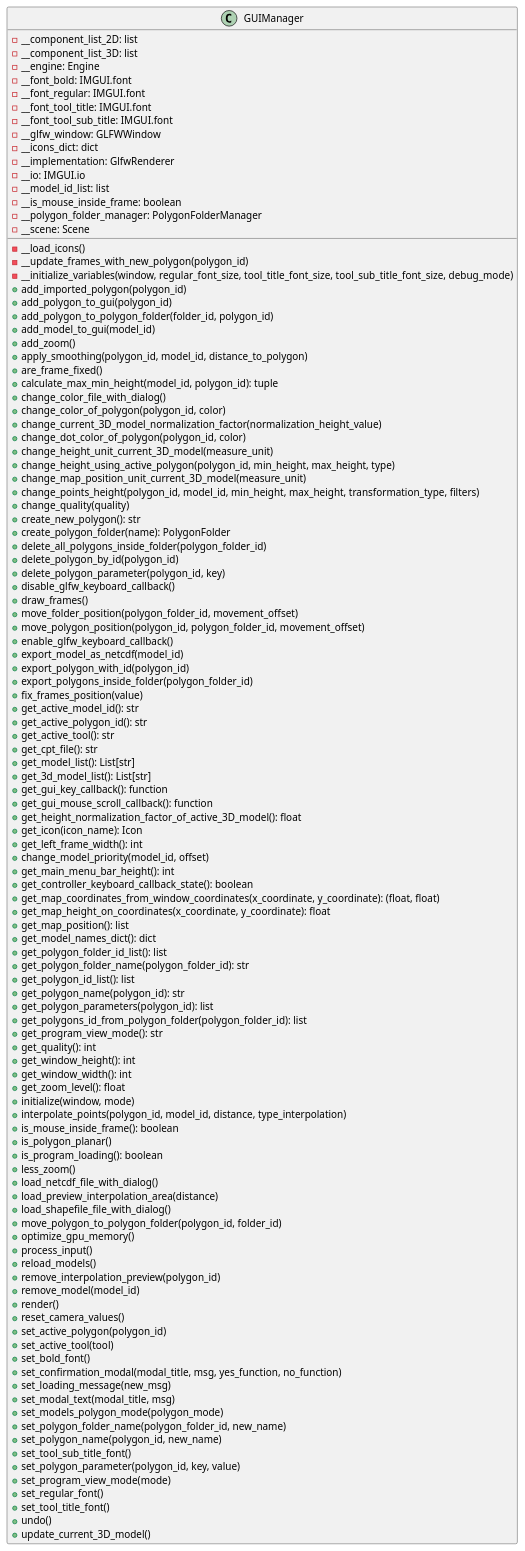
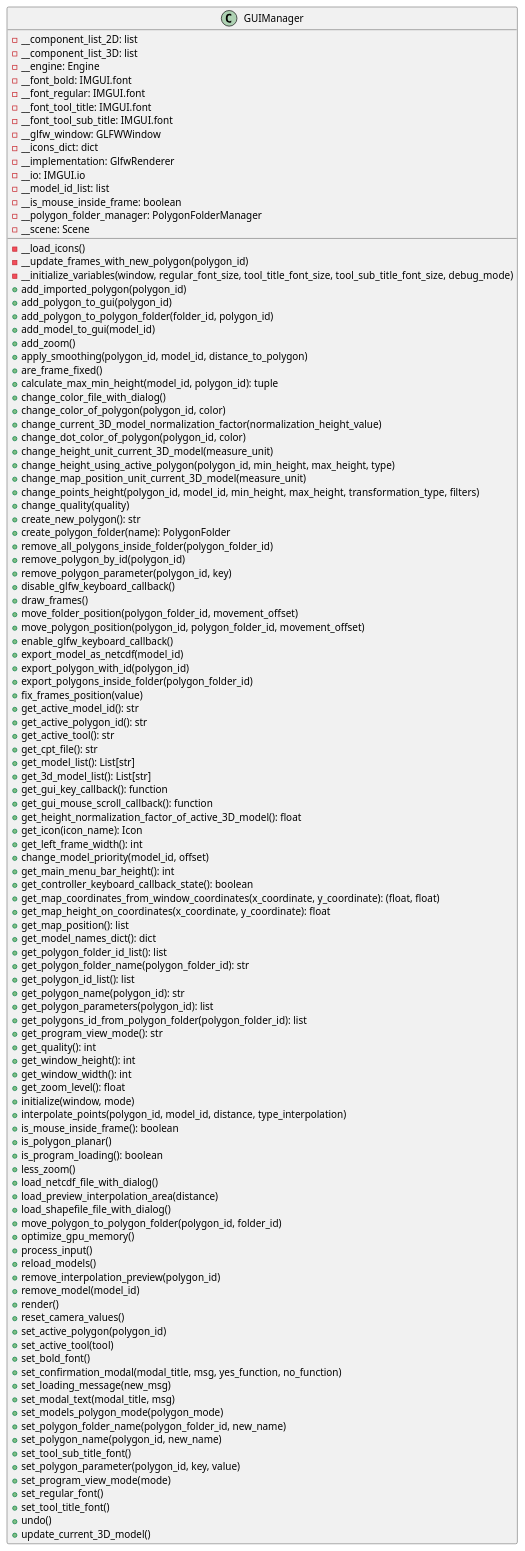
The diagram in docs/classes/GUIManager.puml (ferpoble2/Relief_Creator), drawn with PlantUML before and after one commit. The commit also changed 6 other files, not shown here.

```diff
--- a/docs/classes/GUIManager.puml
+++ b/docs/classes/GUIManager.puml
@@ -1,117 +1,117 @@
 @startuml
 'https://plantuml.com/class-diagram
 class GUIManager{
     - __component_list_2D: list
     - __component_list_3D: list
     - __engine: Engine
     - __font_bold: IMGUI.font
     - __font_regular: IMGUI.font
     - __font_tool_title: IMGUI.font
     - __font_tool_sub_title: IMGUI.font
     - __glfw_window: GLFWWindow
     - __icons_dict: dict
     - __implementation: GlfwRenderer
     - __io: IMGUI.io
     - __model_id_list: list
     - __is_mouse_inside_frame: boolean
     - __polygon_folder_manager: PolygonFolderManager
     - __scene: Scene
 
     - __load_icons()
     - __update_frames_with_new_polygon(polygon_id)
     - __initialize_variables(window, regular_font_size, tool_title_font_size, tool_sub_title_font_size, debug_mode)
     + add_imported_polygon(polygon_id)
     + add_polygon_to_gui(polygon_id)
     + add_polygon_to_polygon_folder(folder_id, polygon_id)
     + add_model_to_gui(model_id)
     + add_zoom()
     + apply_smoothing(polygon_id, model_id, distance_to_polygon)
     + are_frame_fixed()
     + calculate_max_min_height(model_id, polygon_id): tuple
     + change_color_file_with_dialog()
     + change_color_of_polygon(polygon_id, color)
     + change_current_3D_model_normalization_factor(normalization_height_value)
     + change_dot_color_of_polygon(polygon_id, color)
     + change_height_unit_current_3D_model(measure_unit)
     + change_height_using_active_polygon(polygon_id, min_height, max_height, type)
     + change_map_position_unit_current_3D_model(measure_unit)
     + change_points_height(polygon_id, model_id, min_height, max_height, transformation_type, filters)
     + change_quality(quality)
     + create_new_polygon(): str
     + create_polygon_folder(name): PolygonFolder
-    + delete_all_polygons_inside_folder(polygon_folder_id)
-    + delete_polygon_by_id(polygon_id)
-    + delete_polygon_parameter(polygon_id, key)
+    + remove_all_polygons_inside_folder(polygon_folder_id)
+    + remove_polygon_by_id(polygon_id)
+    + remove_polygon_parameter(polygon_id, key)
     + disable_glfw_keyboard_callback()
     + draw_frames()
     + move_folder_position(polygon_folder_id, movement_offset)
     + move_polygon_position(polygon_id, polygon_folder_id, movement_offset)
     + enable_glfw_keyboard_callback()
     + export_model_as_netcdf(model_id)
     + export_polygon_with_id(polygon_id)
     + export_polygons_inside_folder(polygon_folder_id)
     + fix_frames_position(value)
     + get_active_model_id(): str
     + get_active_polygon_id(): str
     + get_active_tool(): str
     + get_cpt_file(): str
     + get_model_list(): List[str]
     + get_3d_model_list(): List[str]
     + get_gui_key_callback(): function
     + get_gui_mouse_scroll_callback(): function
     + get_height_normalization_factor_of_active_3D_model(): float
     + get_icon(icon_name): Icon
     + get_left_frame_width(): int
     + change_model_priority(model_id, offset)
     + get_main_menu_bar_height(): int
     + get_controller_keyboard_callback_state(): boolean
     + get_map_coordinates_from_window_coordinates(x_coordinate, y_coordinate): (float, float)
     + get_map_height_on_coordinates(x_coordinate, y_coordinate): float
     + get_map_position(): list
     + get_model_names_dict(): dict
     + get_polygon_folder_id_list(): list
     + get_polygon_folder_name(polygon_folder_id): str
     + get_polygon_id_list(): list
     + get_polygon_name(polygon_id): str
     + get_polygon_parameters(polygon_id): list
     + get_polygons_id_from_polygon_folder(polygon_folder_id): list
     + get_program_view_mode(): str
     + get_quality(): int
     + get_window_height(): int
     + get_window_width(): int
     + get_zoom_level(): float
     + initialize(window, mode)
     + interpolate_points(polygon_id, model_id, distance, type_interpolation)
     + is_mouse_inside_frame(): boolean
     + is_polygon_planar()
     + is_program_loading(): boolean
     + less_zoom()
     + load_netcdf_file_with_dialog()
     + load_preview_interpolation_area(distance)
     + load_shapefile_file_with_dialog()
     + move_polygon_to_polygon_folder(polygon_id, folder_id)
     + optimize_gpu_memory()
     + process_input()
     + reload_models()
     + remove_interpolation_preview(polygon_id)
     + remove_model(model_id)
     + render()
     + reset_camera_values()
     + set_active_polygon(polygon_id)
     + set_active_tool(tool)
     + set_bold_font()
     + set_confirmation_modal(modal_title, msg, yes_function, no_function)
     + set_loading_message(new_msg)
     + set_modal_text(modal_title, msg)
     + set_models_polygon_mode(polygon_mode)
     + set_polygon_folder_name(polygon_folder_id, new_name)
     + set_polygon_name(polygon_id, new_name)
     + set_tool_sub_title_font()
     + set_polygon_parameter(polygon_id, key, value)
     + set_program_view_mode(mode)
     + set_regular_font()
     + set_tool_title_font()
     + undo()
     + update_current_3D_model()
 }
 @enduml
```
